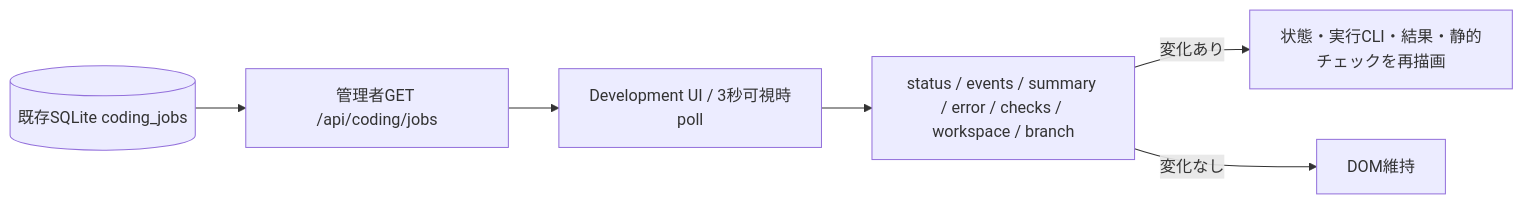
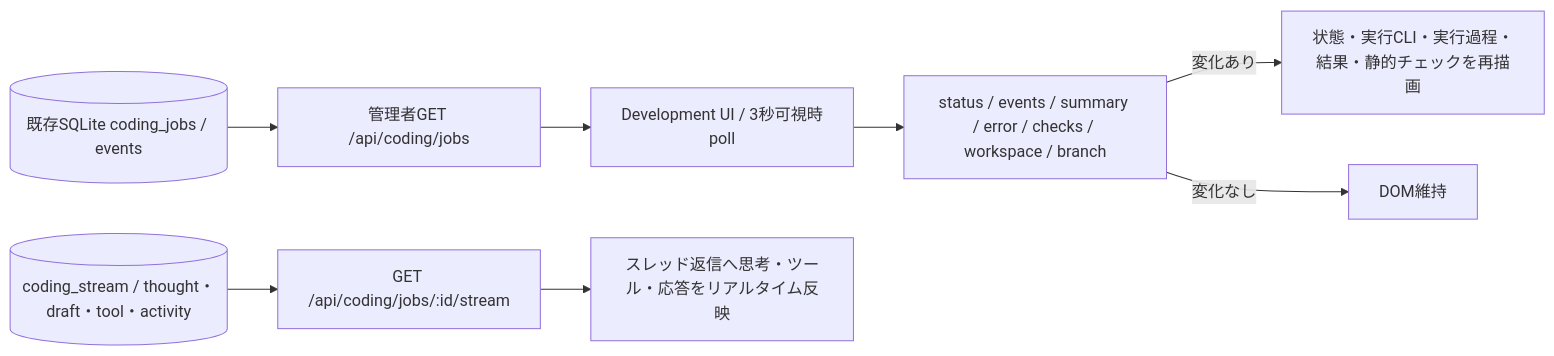
One commit to Soso2e/PETIT changed diagram 17 of 46 in docs/runtime-flows.md. Above: the diagram before and after it, drawn with Mermaid. The commit also changed other lines of this file and 17 other files, not shown here.

````diff
--- a/docs/runtime-flows.md
+++ b/docs/runtime-flows.md
@@ -375,8 +375,10 @@
 ```mermaid
 flowchart LR
-    DB[(既存SQLite coding_jobs)] --> API[管理者GET /api/coding/jobs]
+    DB[(既存SQLite coding_jobs / events)] --> API[管理者GET /api/coding/jobs]
+    Stream[(coding_stream / thought・draft・tool・activity)] --> SSE[GET /api/coding/jobs/:id/stream]
     API --> Poll[Development UI / 3秒可視時poll]
+    SSE --> Live[スレッド返信へ思考・ツール・応答をリアルタイム反映]
     Poll --> Signature[status / events / summary / error / checks / workspace / branch]
-    Signature -->|変化あり| Render[状態・実行CLI・結果・静的チェックを再描画]
+    Signature -->|変化あり| Render[状態・実行CLI・実行過程・結果・静的チェックを再描画]
     Signature -->|変化なし| Keep[DOM維持]
 ```
````
